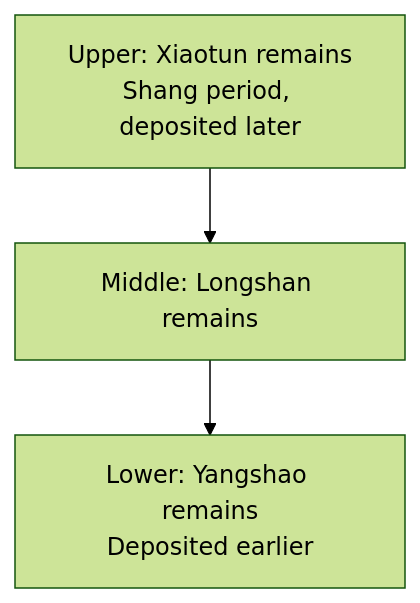
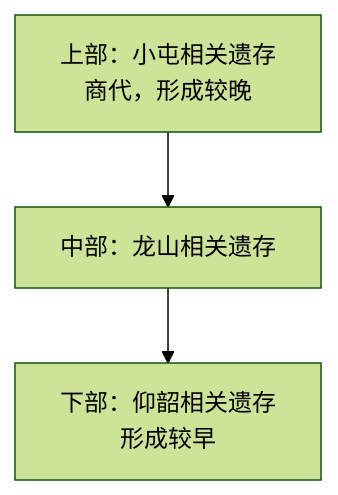
One commit to xiaoyaohust/eng-digest changed the first of 2 diagrams in site/src/content/translations/personal/prehistory-sites-and-archaeological-evidence.md. Above: the diagram before and after it, drawn with Mermaid (forest theme). The commit also changed other lines of this file and 7 other files, not shown here.

````diff
--- a/site/src/content/translations/personal/prehistory-sites-and-archaeological-evidence.md
+++ b/site/src/content/translations/personal/prehistory-sites-and-archaeological-evidence.md
@@ -98,5 +98,5 @@
 ```mermaid
 flowchart TB
-    A["Upper: Xiaotun remains<br/>Shang period, deposited later"] --> B["Middle: Longshan remains"]
-    B --> C["Lower: Yangshao remains<br/>Deposited earlier"]
+    A["上部：小屯相关遗存<br/>商代，形成较晚"] --> B["中部：龙山相关遗存"]
+    B --> C["下部：仰韶相关遗存<br/>形成较早"]
 ```
````
